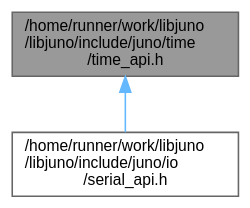
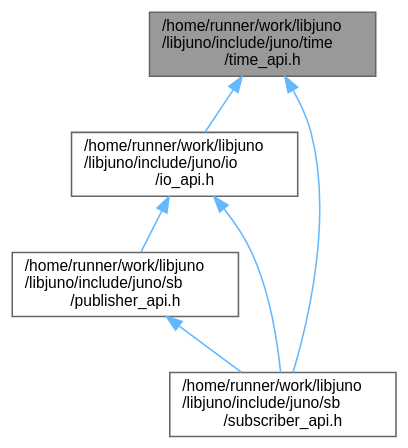
The diagram in time__api_8h__dep__incl.dot (robinonsay/libjuno), drawn with Graphviz before and after one commit. The commit also changed 227 other files, not shown here.

```diff
--- a/time__api_8h__dep__incl.dot
+++ b/time__api_8h__dep__incl.dot
@@ -1,10 +1,16 @@
 digraph "/home/runner/work/libjuno/libjuno/include/juno/time/time_api.h"
 {
  // LATEX_PDF_SIZE
   bgcolor="transparent";
   edge [fontname=Helvetica,fontsize=10,labelfontname=Helvetica,labelfontsize=10];
   node [fontname=Helvetica,fontsize=10,shape=box,height=0.2,width=0.4];
   Node1 [id="Node000001",label="/home/runner/work/libjuno\l/libjuno/include/juno/time\l/time_api.h",height=0.2,width=0.4,color="gray40", fillcolor="grey60", style="filled", fontcolor="black",tooltip=" "];
   Node1 -> Node2 [id="edge1_Node000001_Node000002",dir="back",color="steelblue1",style="solid",tooltip=" "];
-  Node2 [id="Node000002",label="/home/runner/work/libjuno\l/libjuno/include/juno/io\l/serial_api.h",height=0.2,width=0.4,color="grey40", fillcolor="white", style="filled",URL="$serial__api_8h.html",tooltip=" "];
+  Node2 [id="Node000002",label="/home/runner/work/libjuno\l/libjuno/include/juno/io\l/io_api.h",height=0.2,width=0.4,color="grey40", fillcolor="white", style="filled",URL="$io__api_8h.html",tooltip=" "];
+  Node2 -> Node3 [id="edge2_Node000002_Node000003",dir="back",color="steelblue1",style="solid",tooltip=" "];
+  Node3 [id="Node000003",label="/home/runner/work/libjuno\l/libjuno/include/juno/sb\l/publisher_api.h",height=0.2,width=0.4,color="grey40", fillcolor="white", style="filled",URL="$publisher__api_8h.html",tooltip=" "];
+  Node3 -> Node4 [id="edge3_Node000003_Node000004",dir="back",color="steelblue1",style="solid",tooltip=" "];
+  Node4 [id="Node000004",label="/home/runner/work/libjuno\l/libjuno/include/juno/sb\l/subscriber_api.h",height=0.2,width=0.4,color="grey40", fillcolor="white", style="filled",URL="$subscriber__api_8h.html",tooltip=" "];
+  Node2 -> Node4 [id="edge4_Node000002_Node000004",dir="back",color="steelblue1",style="solid",tooltip=" "];
+  Node1 -> Node4 [id="edge5_Node000001_Node000004",dir="back",color="steelblue1",style="solid",tooltip=" "];
 }
```
